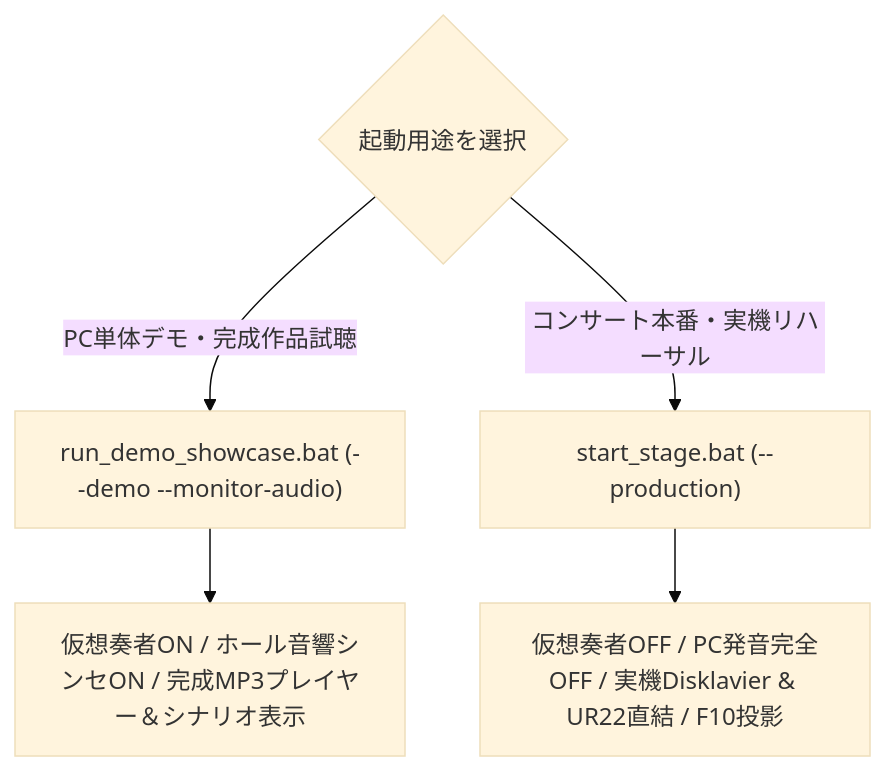
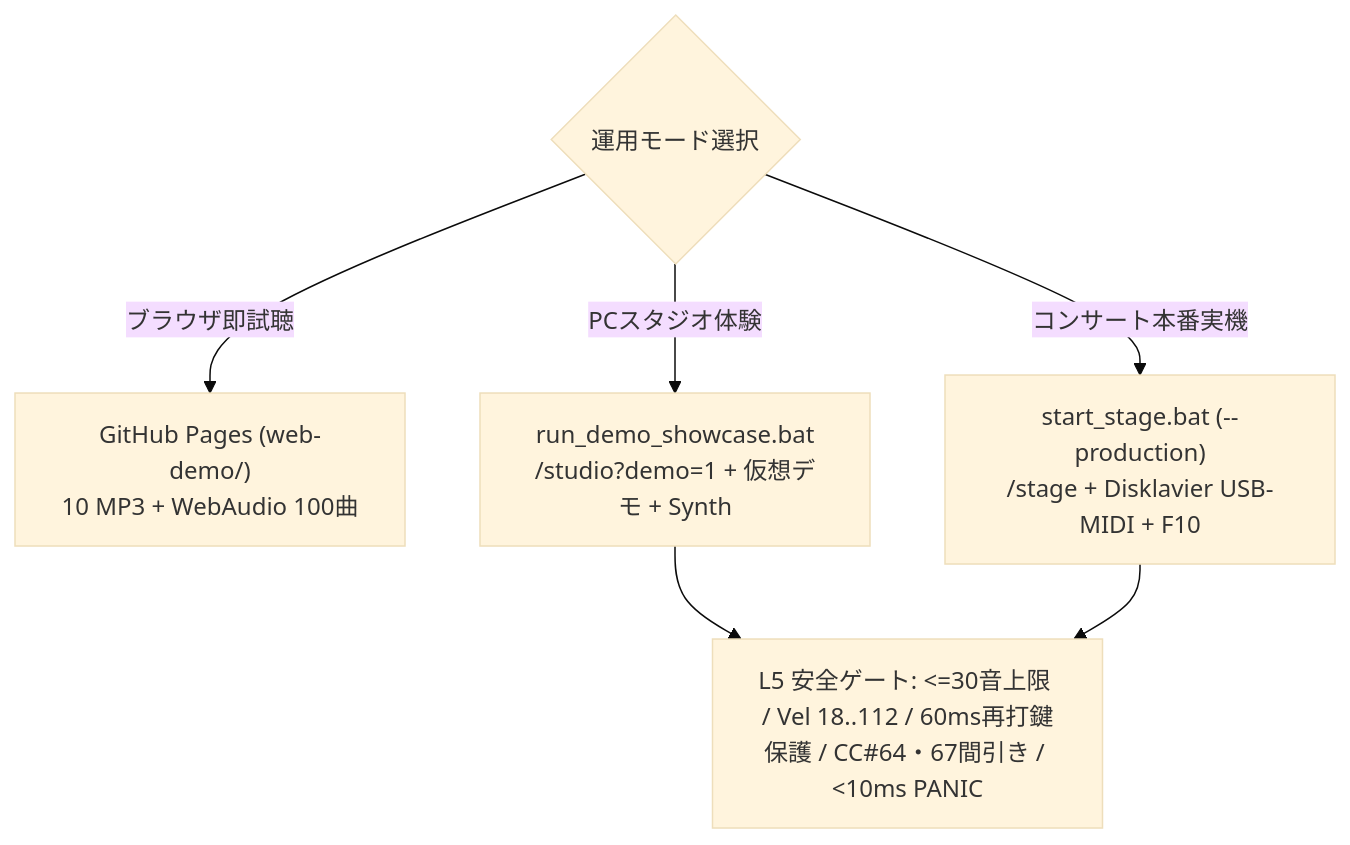
One commit to AI-Avalon/Disklavier-Auto changed the fourth of 4 diagrams in README.md. Above: the diagram before and after it, drawn with Mermaid (base theme). The commit also changed other lines of this file and 216 other files, not shown here.

Commit message:
Overhaul composition engine, 100-piece library, 2-screen Studio/Stage GUI, GitHub Pages demo, and 3-round Playwright verification

````diff
--- a/README.md
+++ b/README.md
@@ -112,7 +112,8 @@
 ```mermaid
 flowchart TD
-    Start{"起動用途を選択"} -->|PC単体デモ・完成作品試聴| Demo["run_demo_showcase.bat (--demo --monitor-audio)"]
-    Start -->|コンサート本番・実機リハーサル| Prod["start_stage.bat (--production)"]
-    Demo --> DemoState["仮想奏者ON / ホール音響シンセON / 完成MP3プレイヤー＆シナリオ表示"]
-    Prod --> ProdState["仮想奏者OFF / PC発音完全OFF / 実機Disklavier & UR22直結 / F10投影"]
+    ModeSel{"運用モード選択"} -->|ブラウザ即試聴| Pages["GitHub Pages (web-demo/)\n10 MP3 + WebAudio 100曲"]
+    ModeSel -->|PCスタジオ体験| StudioDemo["run_demo_showcase.bat\n/studio?demo=1 + 仮想デモ + Synth"]
+    ModeSel -->|コンサート本番実機| StageProd["start_stage.bat (--production)\n/stage + Disklavier USB-MIDI + F10"]
+    StudioDemo --> Safety["L5 安全ゲート: <=30音上限 / Vel 18..112 / 60ms再打鍵保護 / CC#64・67間引き / <10ms PANIC"]
+    StageProd --> Safety
 ```
````
